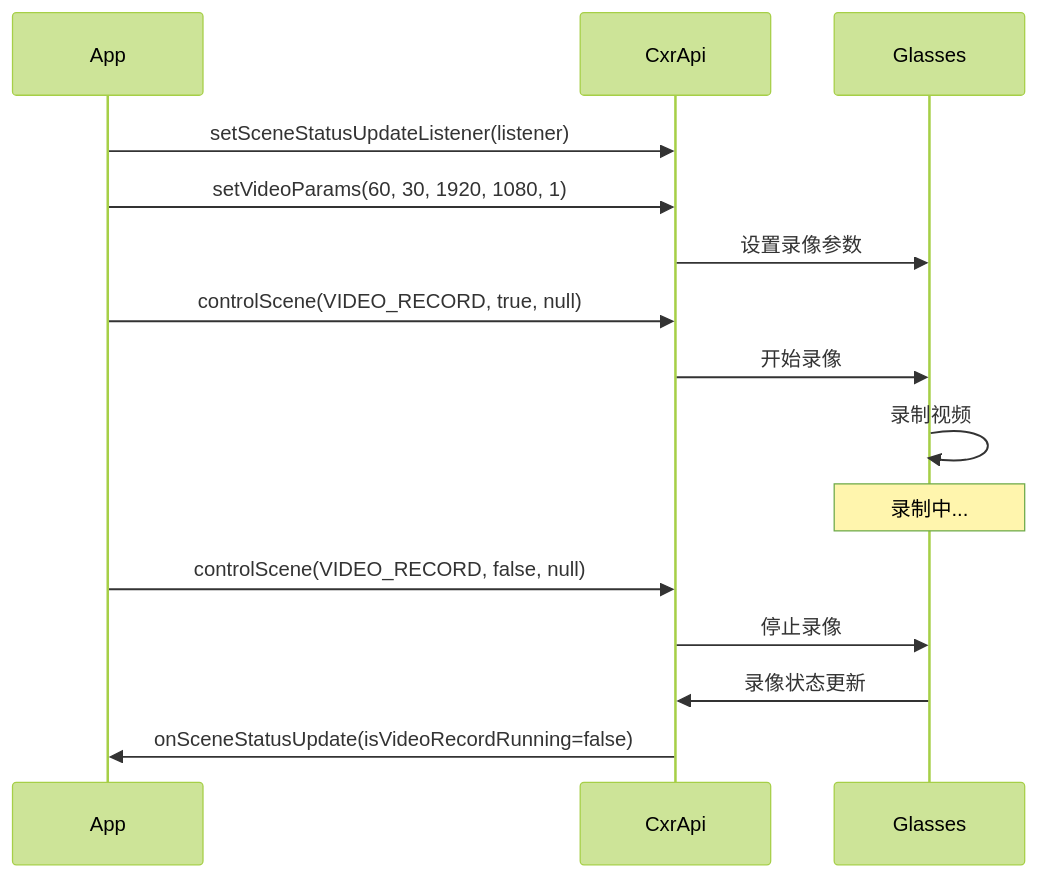
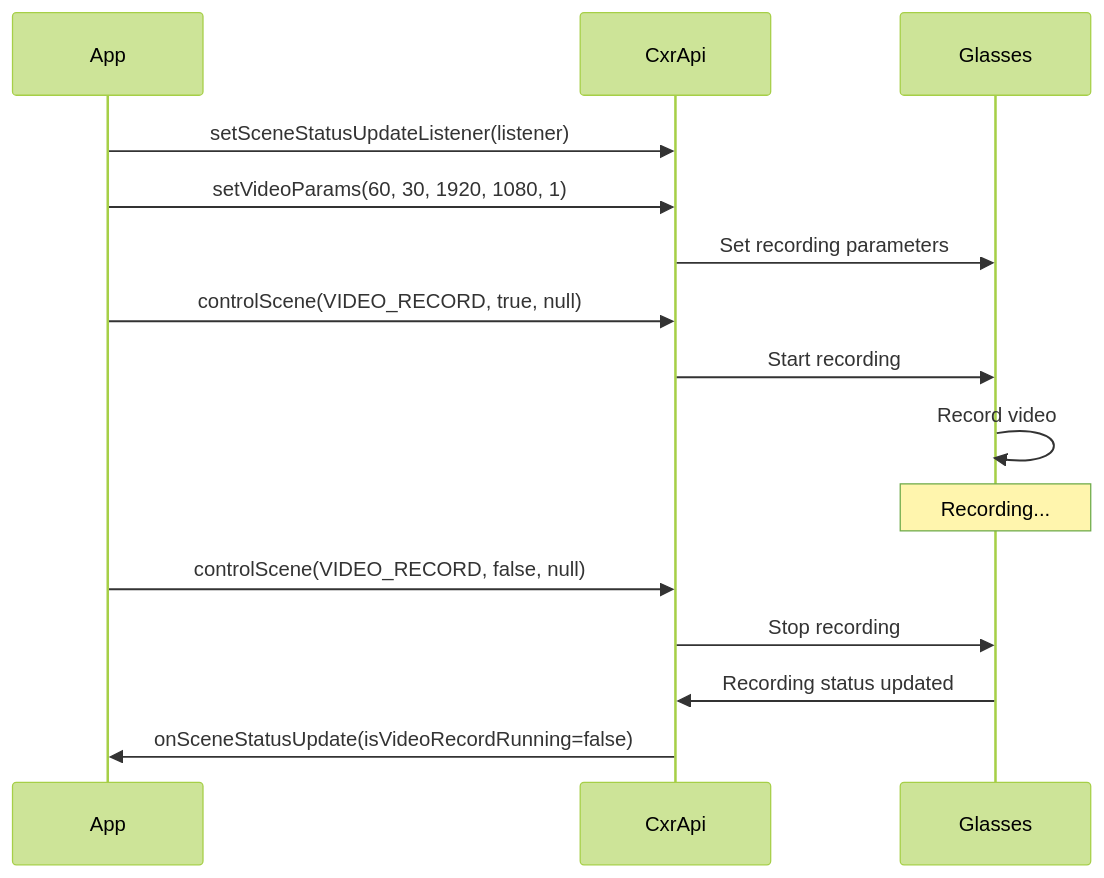
One commit to thuongtin/CXRMSamples1.0.3 changed the fourth of 7 diagrams in design.md. Above: the diagram before and after it, drawn with Mermaid (forest theme). The commit also changed other lines of this file and 20 other files, not shown here.

````diff
--- a/design.md
+++ b/design.md
@@ -383,18 +383,18 @@
 ```mermaid
 sequenceDiagram
     participant App
     participant CxrApi
     participant Glasses
     
     App->>CxrApi: setSceneStatusUpdateListener(listener)
     App->>CxrApi: setVideoParams(60, 30, 1920, 1080, 1)
-    CxrApi->>Glasses: 设置录像参数
+    CxrApi->>Glasses: Set recording parameters
     App->>CxrApi: controlScene(VIDEO_RECORD, true, null)
-    CxrApi->>Glasses: 开始录像
-    Glasses->>Glasses: 录制视频
-    Note over Glasses: 录制中...
+    CxrApi->>Glasses: Start recording
+    Glasses->>Glasses: Record video
+    Note over Glasses: Recording...
     App->>CxrApi: controlScene(VIDEO_RECORD, false, null)
-    CxrApi->>Glasses: 停止录像
-    Glasses->>CxrApi: 录像状态更新
+    CxrApi->>Glasses: Stop recording
+    Glasses->>CxrApi: Recording status updated
     CxrApi->>App: onSceneStatusUpdate(isVideoRecordRunning=false)
 ```
````
